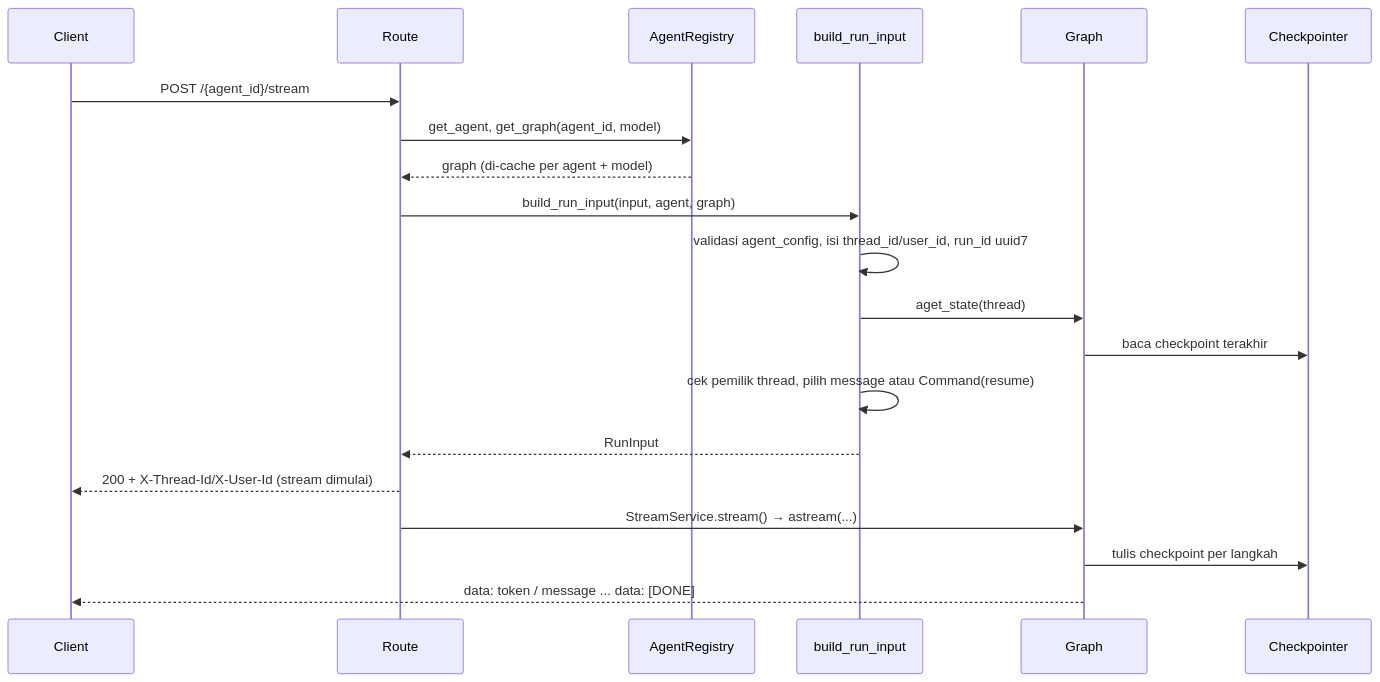
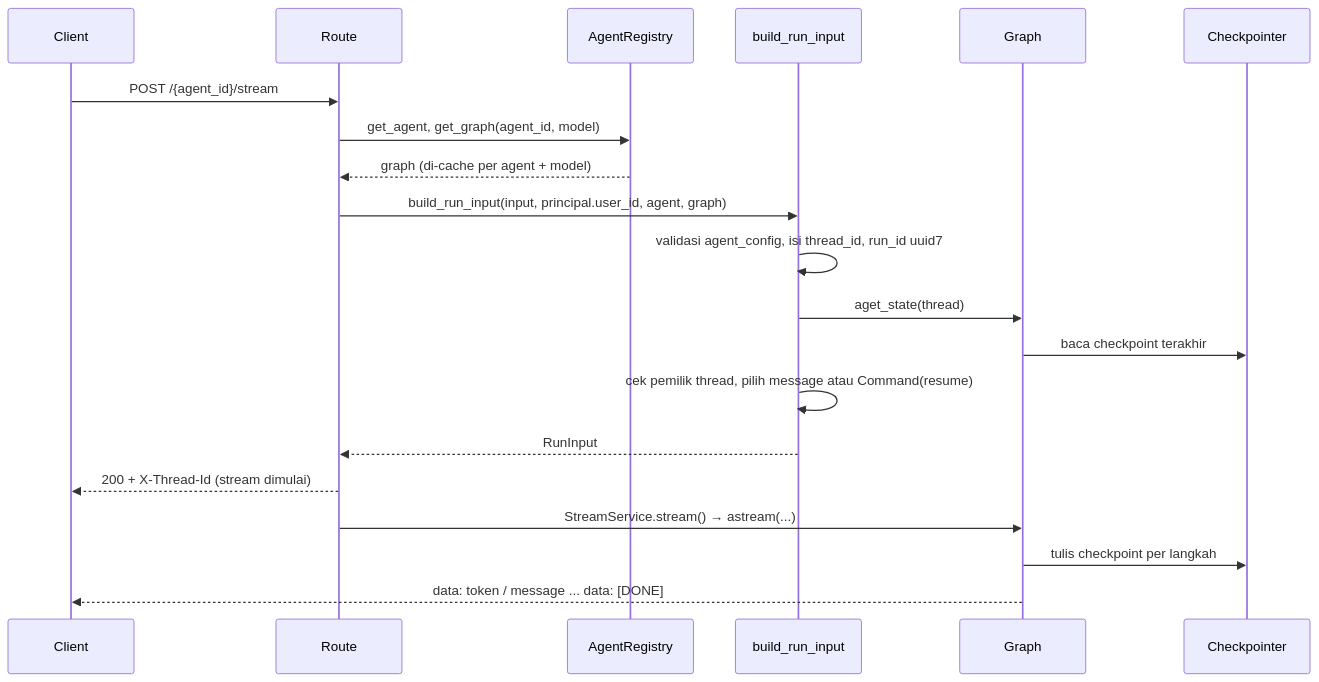
Before and after one commit to nurgoni/langgraph-agent: the second of 2 diagrams in docs/ARCHITECTURE.md, drawn with Mermaid. The commit also changed other lines of this file and 6 other files, not shown here.

````diff
--- a/docs/ARCHITECTURE.md
+++ b/docs/ARCHITECTURE.md
@@ -91,22 +92,22 @@
 ```mermaid
 sequenceDiagram
     participant C as Client
     participant R as Route
     participant G as AgentRegistry
     participant B as build_run_input
     participant X as Graph
     participant S as Checkpointer
     C->>R: POST /{agent_id}/stream
     R->>G: get_agent, get_graph(agent_id, model)
     G-->>R: graph (di-cache per agent + model)
-    R->>B: build_run_input(input, agent, graph)
-    B->>B: validasi agent_config, isi thread_id/user_id, run_id uuid7
+    R->>B: build_run_input(input, principal.user_id, agent, graph)
+    B->>B: validasi agent_config, isi thread_id, run_id uuid7
     B->>X: aget_state(thread)
     X->>S: baca checkpoint terakhir
     B->>B: cek pemilik thread, pilih message atau Command(resume)
     B-->>R: RunInput
-    R-->>C: 200 + X-Thread-Id/X-User-Id (stream dimulai)
+    R-->>C: 200 + X-Thread-Id (stream dimulai)
     R->>X: StreamService.stream() → astream(...)
     X->>S: tulis checkpoint per langkah
     X-->>C: data: token / message ... data: [DONE]
 ```
````
